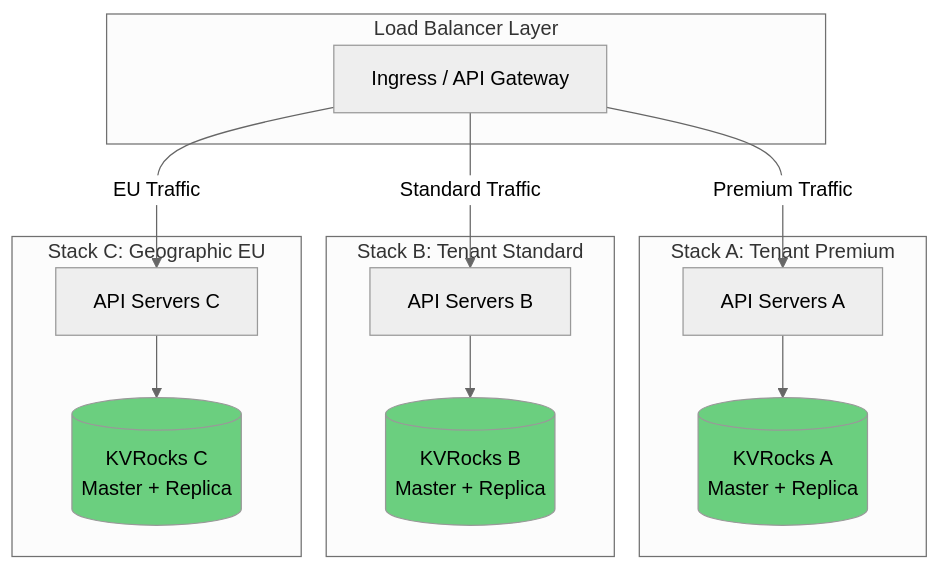
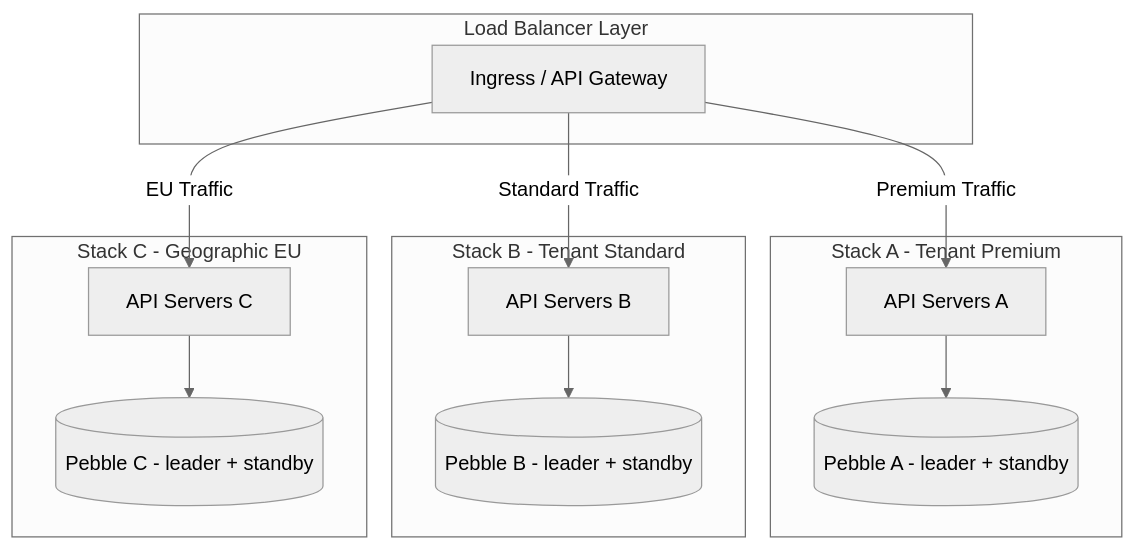
The second of 3 diagrams in docs/24-queue-sharding-hld.md (osvaldoandrade/codeq), drawn with Mermaid (neutral theme) before and after one commit. The commit also changed other lines of this file and 70 other files, not shown here.

````diff
--- a/docs/24-queue-sharding-hld.md
+++ b/docs/24-queue-sharding-hld.md
@@ -456,32 +430,28 @@
 ```mermaid
 graph TB
-    subgraph "Load Balancer Layer"
-        LB[Ingress / API Gateway]
-    end
-    
-    subgraph "Stack A: Tenant Premium"
-        API_A[API Servers A]
-        KV_A[(KVRocks A<br/>Master + Replica)]
-        API_A --> KV_A
-    end
-    
-    subgraph "Stack B: Tenant Standard"
-        API_B[API Servers B]
-        KV_B[(KVRocks B<br/>Master + Replica)]
-        API_B --> KV_B
-    end
-    
-    subgraph "Stack C: Geographic EU"
-        API_C[API Servers C]
-        KV_C[(KVRocks C<br/>Master + Replica)]
-        API_C --> KV_C
-    end
-    
-    LB -->|Premium Traffic| API_A
-    LB -->|Standard Traffic| API_B
-    LB -->|EU Traffic| API_C
-    
-    style KV_A fill:#6bcf7f
-    style KV_B fill:#6bcf7f
-    style KV_C fill:#6bcf7f
+  subgraph LB[Load Balancer Layer]
+    LBN[Ingress / API Gateway]
+  end
+
+  subgraph StackA[Stack A - Tenant Premium]
+    API_A[API Servers A]
+    PEB_A[(Pebble A - leader + standby)]
+    API_A --> PEB_A
+  end
+
+  subgraph StackB[Stack B - Tenant Standard]
+    API_B[API Servers B]
+    PEB_B[(Pebble B - leader + standby)]
+    API_B --> PEB_B
+  end
+
+  subgraph StackC[Stack C - Geographic EU]
+    API_C[API Servers C]
+    PEB_C[(Pebble C - leader + standby)]
+    API_C --> PEB_C
+  end
+
+  LBN -->|Premium Traffic| API_A
+  LBN -->|Standard Traffic| API_B
+  LBN -->|EU Traffic| API_C
 ```
````
